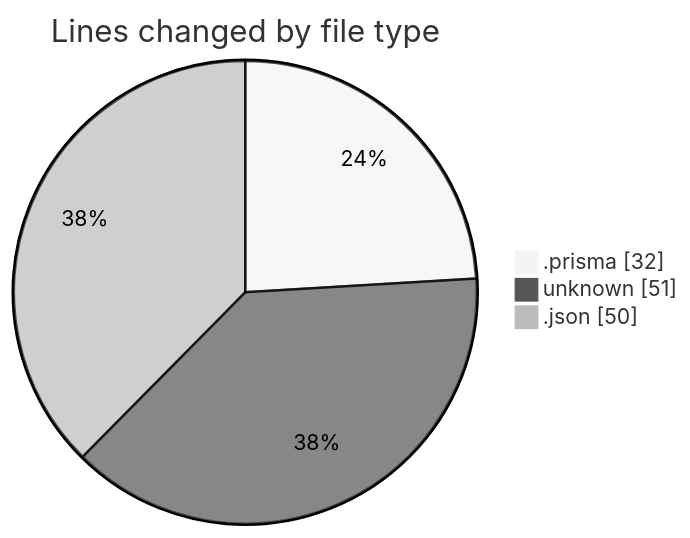
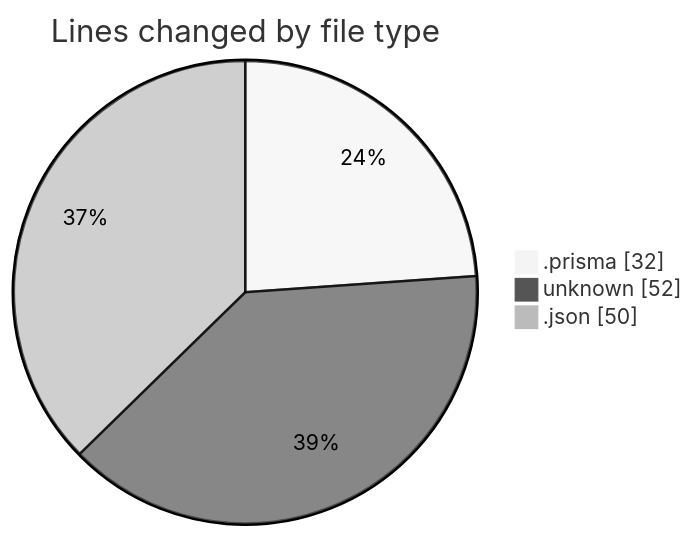
Before and after one commit to momahboobian/code-tracking: the first of 2 diagrams in 2025-01-24/good-pr/README.md, drawn with Mermaid (neutral theme). The commit also changed other lines of this file and 1 other file, not shown here.

````diff
--- a/2025-01-24/good-pr/README.md
+++ b/2025-01-24/good-pr/README.md
@@ -22,7 +23,7 @@
 ```mermaid
 pie showData
 title Lines changed by file type
 ".prisma" : 32
-"unknown" : 51
+"unknown" : 52
 ".json" : 50
 ```
````
